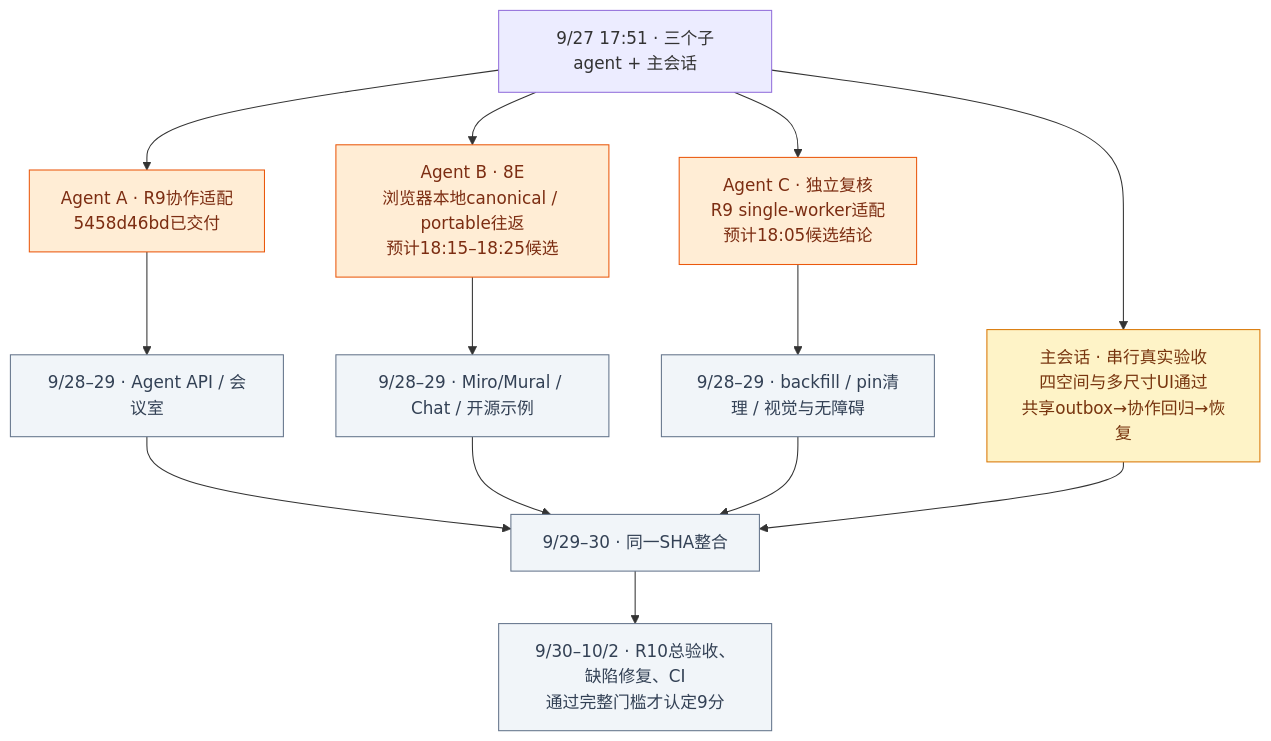
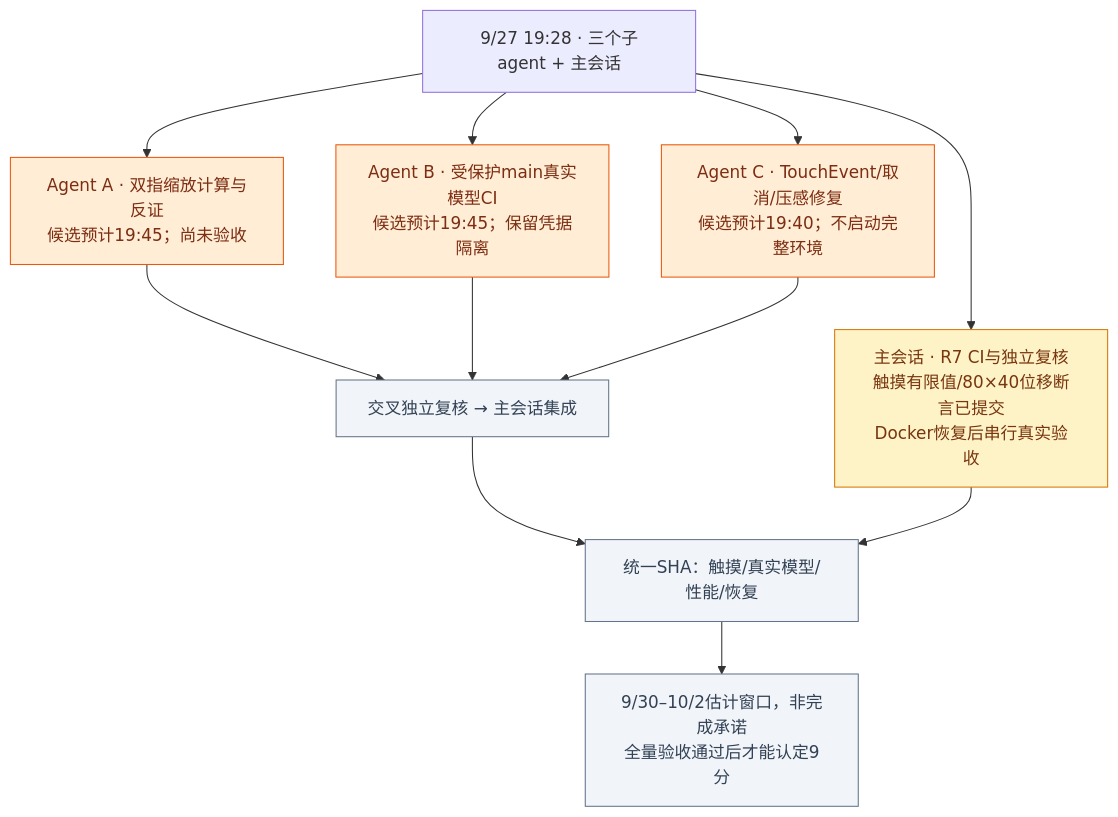
The second of 4 diagrams in phases/phase-19-board-visual-workspace/design-deltas/2026-09-26-unified-board-plan.md (boardx/workspacex), drawn with Mermaid before and after one commit. The commit also changed other lines of this file, not shown here.

Commit message:
docs(board): update parallel touch and model acceptance plan

````diff
--- a/phases/phase-19-board-visual-workspace/design-deltas/2026-09-26-unified-board-plan.md
+++ b/phases/phase-19-board-visual-workspace/design-deltas/2026-09-26-unified-board-plan.md
@@ -83,21 +83,16 @@
 ```mermaid
 flowchart TB
-  START["9/27 17:51 · 三个子agent + 主会话"] --> A["Agent A · R9协作适配<br/>5458d46bd已交付"]
-  START --> B["Agent B · 8E<br/>浏览器本地canonical / portable往返<br/>预计18:15–18:25候选"]
-  START --> C["Agent C · 独立复核<br/>R9 single-worker适配<br/>预计18:05候选结论"]
-  START --> M["主会话 · 串行真实验收<br/>四空间与多尺寸UI通过<br/>共享outbox→协作回归→恢复"]
-  A --> A2["9/28–29 · Agent API / 会议室"]
-  B --> B2["9/28–29 · Miro/Mural / Chat / 开源示例"]
-  C --> C2["9/28–29 · backfill / pin清理 / 视觉与无障碍"]
-  A2 --> JOIN["9/29–30 · 同一SHA整合"]
-  B2 --> JOIN
-  C2 --> JOIN
+  START["9/27 19:28 · 三个子agent + 主会话"] --> A["Agent A · 双指缩放计算与反证<br/>候选预计19:45；尚未验收"]:::active
+  START --> B["Agent B · 受保护main真实模型CI<br/>候选预计19:45；保留凭据隔离"]:::active
+  START --> C["Agent C · TouchEvent/取消/压感修复<br/>候选预计19:40；不启动完整环境"]:::active
+  START --> M["主会话 · R7 CI与独立复核<br/>触摸有限值/80×40位移断言已提交<br/>Docker恢复后串行真实验收"]:::testing
+  A --> REVIEW["交叉独立复核 → 主会话集成"]:::planned
+  B --> REVIEW
+  C --> REVIEW
+  REVIEW --> JOIN["统一SHA：触摸/真实模型/性能/恢复"]:::planned
   M --> JOIN
-  JOIN --> ACCEPT["9/30–10/2 · R10总验收、缺陷修复、CI<br/>通过完整门槛才认定9分"]
+  JOIN --> ACCEPT["9/30–10/2估计窗口，非完成承诺<br/>全量验收通过后才能认定9分"]:::planned
   classDef active fill:#ffedd5,stroke:#ea580c,color:#7c2d12
   classDef testing fill:#fef3c7,stroke:#d97706,color:#78350f
   classDef planned fill:#f1f5f9,stroke:#64748b,color:#334155
-  class A,B,C active
-  class M testing
-  class A2,B2,C2,JOIN,ACCEPT planned
 ```
````
